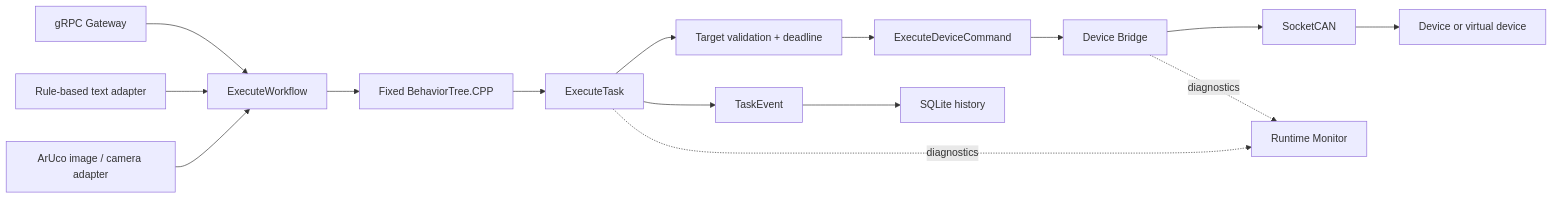
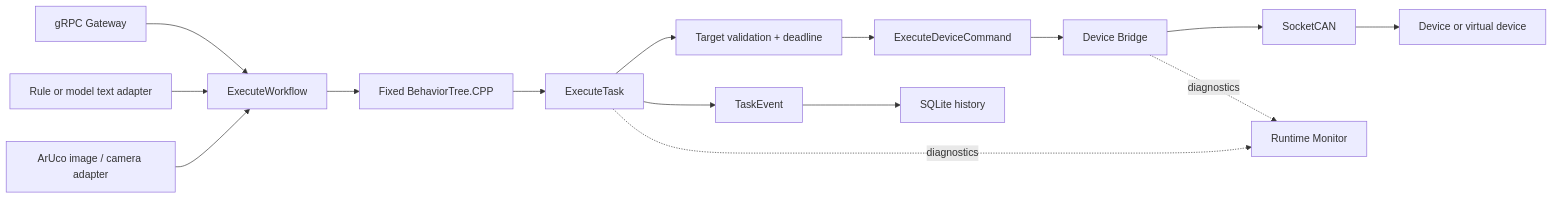
Before and after one commit to Quchaosheng/embodied-agent-runtime: the diagram in README.md, drawn with Mermaid. The commit also changed other lines of this file and 8 other files, not shown here.

Commit message:
feat: add bounded AI model workflow adapter

````diff
--- a/README.md
+++ b/README.md
@@ -21,17 +21,17 @@
 ```mermaid
 flowchart LR
     G["gRPC Gateway"] --> W["ExecuteWorkflow"]
-    A["Rule-based text adapter"] --> W
+    A["Rule or model text adapter"] --> W
     P["ArUco image / camera adapter"] --> W
     W --> B["Fixed BehaviorTree.CPP"]
     B --> T["ExecuteTask"]
     T --> V["Target validation + deadline"]
     V --> D["ExecuteDeviceCommand"]
     D --> R["Device Bridge"]
     R --> C["SocketCAN"]
     C --> E["Device or virtual device"]
     T --> X["TaskEvent"]
     X --> H["SQLite history"]
     R -. diagnostics .-> M["Runtime Monitor"]
     T -. diagnostics .-> M
 ```
````
